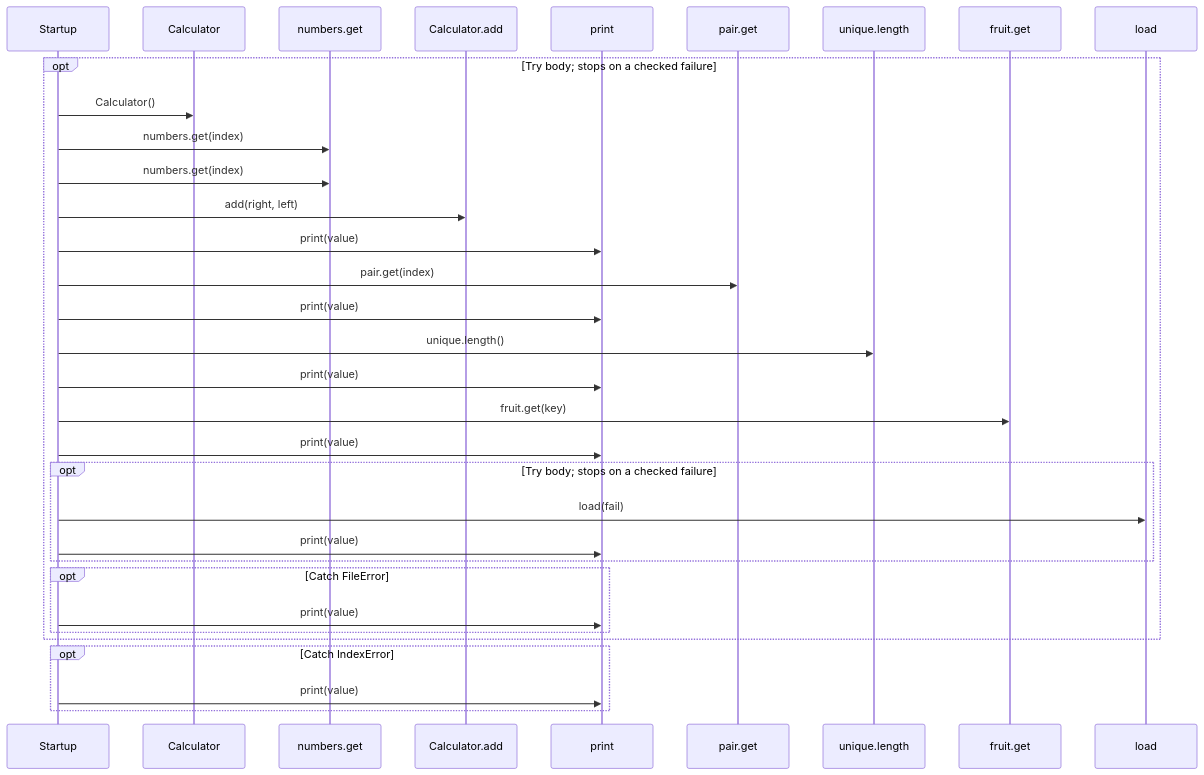
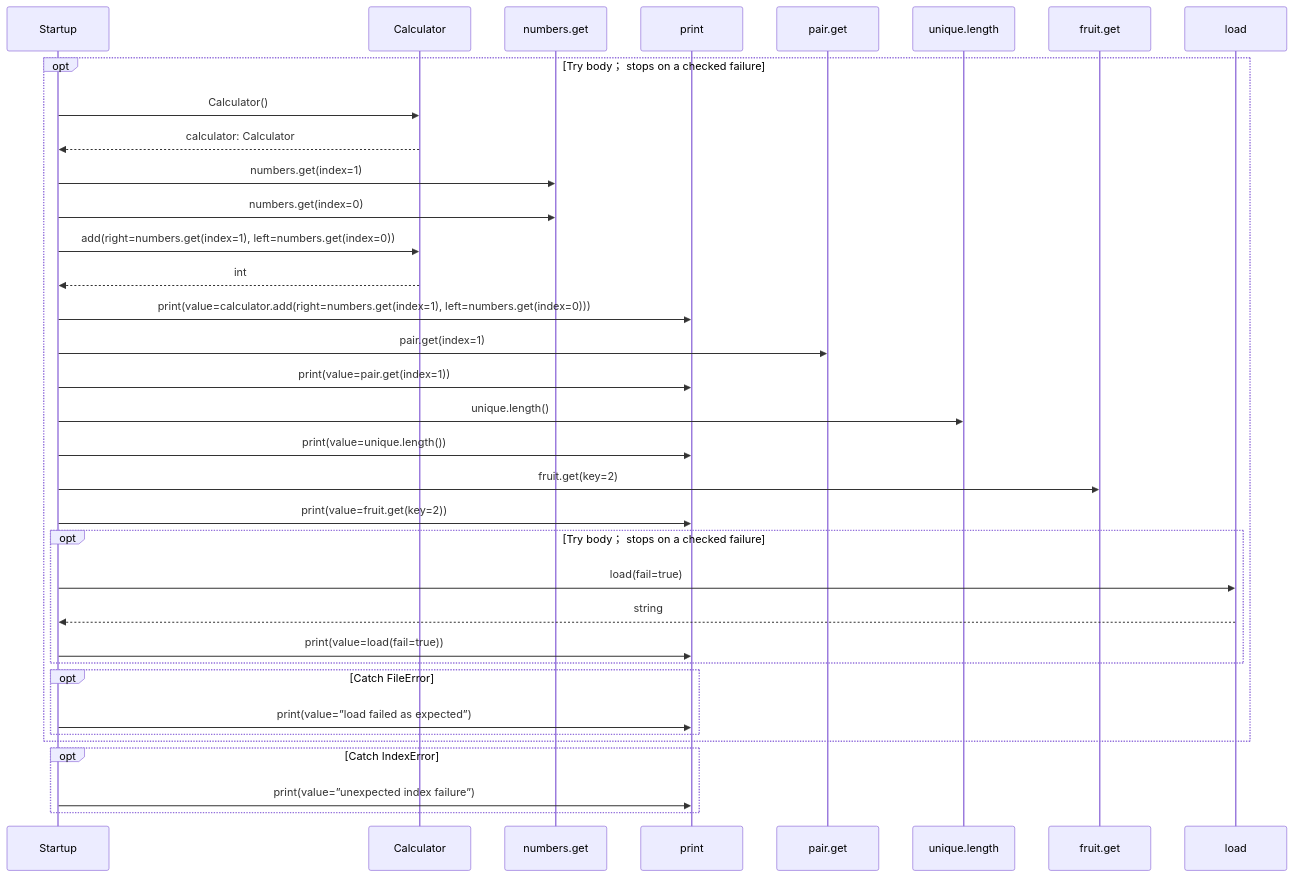
Before and after one commit to GreenPandaStudios/augscript: the third of 3 diagrams in docs/examples/developer-workflow/main-diagrams.md, drawn with Mermaid. The commit also changed other lines of this file and 524 other files, not shown here.

Commit message:
Explain checked data flow at folder and service levels

````diff
--- a/docs/examples/developer-workflow/main-diagrams.md
+++ b/docs/examples/developer-workflow/main-diagrams.md
@@ -51,35 +53,37 @@
 ```mermaid
 sequenceDiagram
     participant p0 as Startup
     participant p1 as Calculator
     participant p2 as numbers.get
-    participant p3 as Calculator.add
-    participant p4 as print
-    participant p5 as pair.get
-    participant p6 as unique.length
-    participant p7 as fruit.get
-    participant p8 as load
-    opt Try body#59; stops on a checked failure
+    participant p3 as print
+    participant p4 as pair.get
+    participant p5 as unique.length
+    participant p6 as fruit.get
+    participant p7 as load
+    opt Try body； stops on a checked failure
     p0->>p1: Calculator()
-    p0->>p2: numbers.get(index)
-    p0->>p2: numbers.get(index)
-    p0->>p3: add(right, left)
-    p0->>p4: print(value)
-    p0->>p5: pair.get(index)
-    p0->>p4: print(value)
-    p0->>p6: unique.length()
-    p0->>p4: print(value)
-    p0->>p7: fruit.get(key)
-    p0->>p4: print(value)
-    opt Try body#59; stops on a checked failure
-    p0->>p8: load(fail)
-    p0->>p4: print(value)
+    p1-->>p0: calculator: Calculator
+    p0->>p2: numbers.get(index=1)
+    p0->>p2: numbers.get(index=0)
+    p0->>p1: add(right=numbers.get(index=1), left=numbers.get(index=0))
+    p1-->>p0: int
+    p0->>p3: print(value=calculator.add(right=numbers.get(index=1), left=numbers.get(index=0)))
+    p0->>p4: pair.get(index=1)
+    p0->>p3: print(value=pair.get(index=1))
+    p0->>p5: unique.length()
+    p0->>p3: print(value=unique.length())
+    p0->>p6: fruit.get(key=2)
+    p0->>p3: print(value=fruit.get(key=2))
+    opt Try body； stops on a checked failure
+    p0->>p7: load(fail=true)
+    p7-->>p0: string
+    p0->>p3: print(value=load(fail=true))
     end
     opt Catch FileError
-    p0->>p4: print(value)
+    p0->>p3: print(value=”load failed as expected”)
     end
     end
     opt Catch IndexError
-    p0->>p4: print(value)
+    p0->>p3: print(value=”unexpected index failure”)
     end
 ```
````
